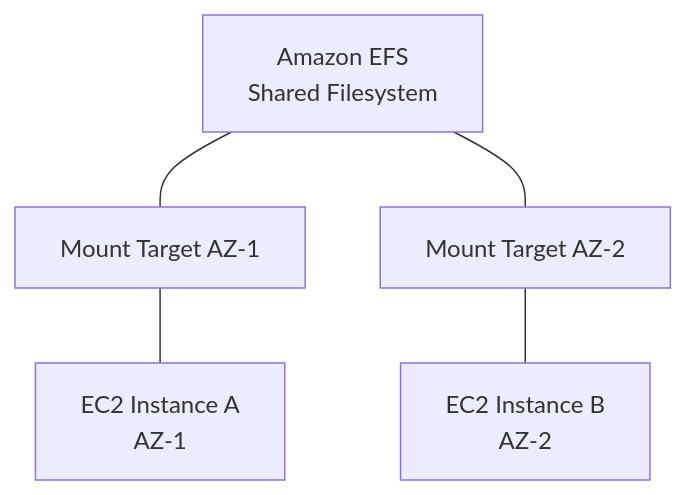
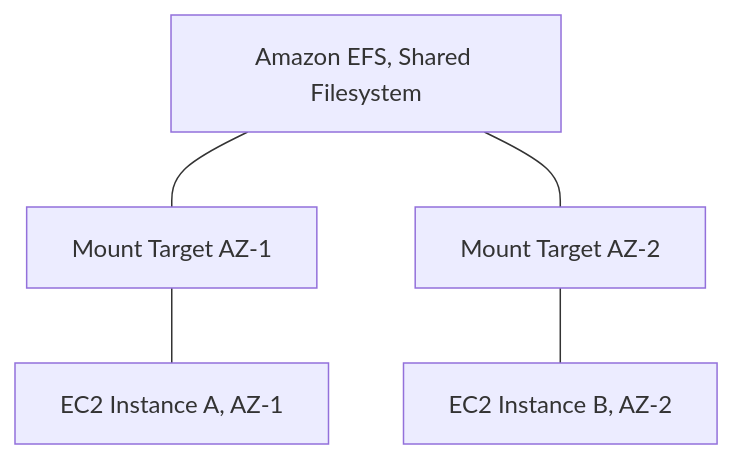
One commit to DeeptiShuklaProject/Uday_AWS changed the fourth of 4 diagrams in Chapter_40_Amazon_EFS.md. Above: the diagram before and after it, drawn with Mermaid. The commit also changed other lines of this file and 34 other files, not shown here.

Commit message:
Fix mermaid diagrams syntax across all chapters (quote labels and remove HTML)

````diff
--- a/Chapter_40_Amazon_EFS.md
+++ b/Chapter_40_Amazon_EFS.md
@@ -1044,7 +1044,7 @@
 ```mermaid
 flowchart TD
-    EFS[Amazon EFS<br>Shared Filesystem] --- MTA[Mount Target AZ-1]
+    EFS["Amazon EFS, Shared Filesystem"] --- MTA[Mount Target AZ-1]
     EFS --- MTB[Mount Target AZ-2]
-    MTA --- EC2A[EC2 Instance A<br>AZ-1]
-    MTB --- EC2B[EC2 Instance B<br>AZ-2]
+    MTA --- EC2A["EC2 Instance A, AZ-1"]
+    MTB --- EC2B["EC2 Instance B, AZ-2"]
 ```
````
